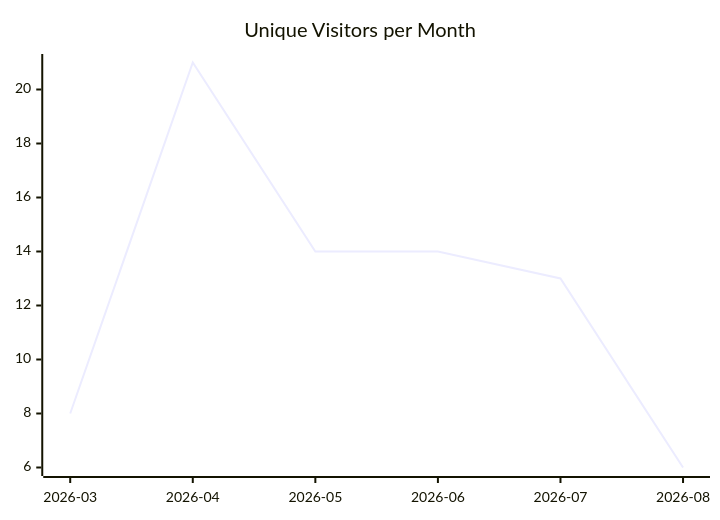
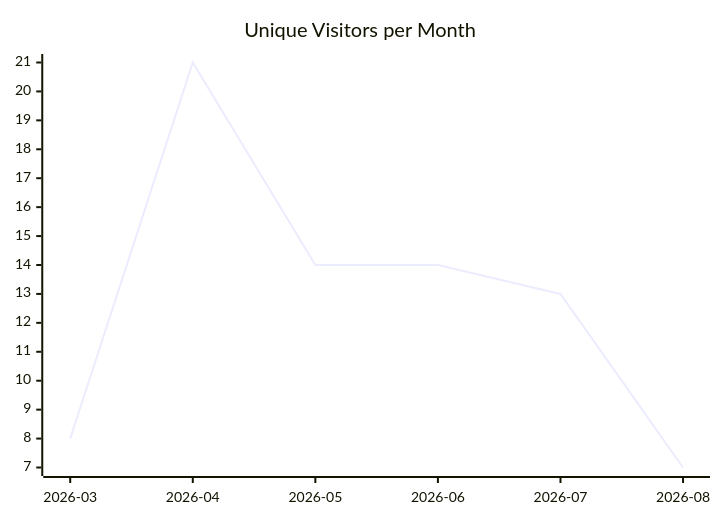
The first of 3 diagrams in karlmdavis/ksoap2-android/README.md (justdavis-family/github-analytics-data), drawn with Mermaid before and after one commit. The commit also changed other lines of this file and 154 other files, not shown here.

````diff
--- a/karlmdavis/ksoap2-android/README.md
+++ b/karlmdavis/ksoap2-android/README.md
@@ -5,6 +5,6 @@
 ```mermaid
 xychart-beta
   title "Unique Visitors per Month"
   x-axis ["2026-03", "2026-04", "2026-05", "2026-06", "2026-07", "2026-08"]
-  line [8, 21, 14, 14, 13, 6]
+  line [8, 21, 14, 14, 13, 7]
 ```
````
